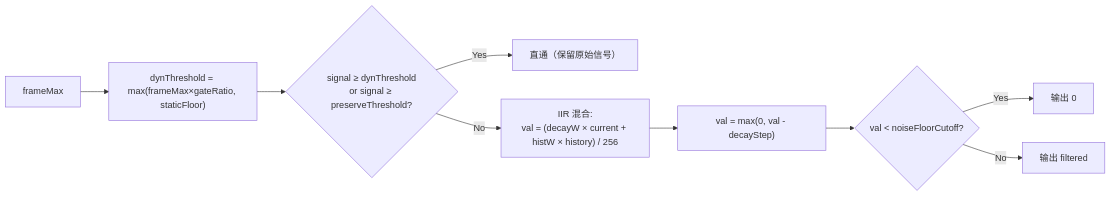
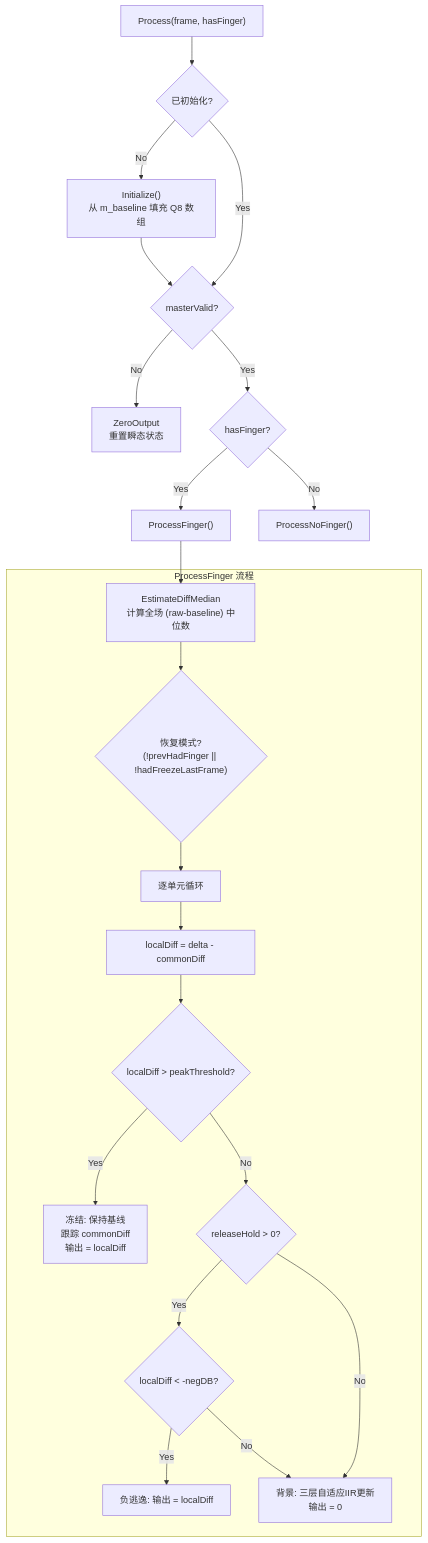
One commit to krrrak/EGoTouchRev changed the third of 14 diagrams in docs/touch_pipeline_architecture.md. Above: the diagram before and after it, drawn with Mermaid. The commit also changed other lines of this file and 8 other files, not shown here.

Commit message:
feat: implement speed-adaptive IIR coordinate filtering and add project architecture documentation

````diff
--- a/docs/touch_pipeline_architecture.md
+++ b/docs/touch_pipeline_architecture.md
@@ -137,11 +121,33 @@
 ```mermaid
-flowchart LR
-    FRAMEMAX["frameMax"] --> DYN["dynThreshold = max(frameMax×gateRatio, staticFloor)"]
-    DYN --> GATE{"signal ≥ dynThreshold<br/>or signal ≥ preserveThreshold?"}
-    GATE -- "Yes" --> PASS["直通（保留原始信号）"]
-    GATE -- "No" --> IIR["IIR 混合:<br/>val = (decayW × current + histW × history) / 256"]
-    IIR --> DECAY["val = max(0, val - decayStep)"]
-    DECAY --> FLOOR{"val < noiseFloorCutoff?"}
-    FLOOR -- "Yes" --> ZERO["输出 0"]
-    FLOOR -- "No" --> FILTERED["输出 filtered"]
+flowchart TB
+    ENTRY["Process(frame, hasFinger)"] --> INIT{"已初始化?"}
+    INIT -- "No" --> INIT_ACT["Initialize()<br/>从 m_baseline 填充 Q8 数组"]
+    INIT -- "Yes" --> VALID{"masterValid?"}
+    INIT_ACT --> VALID
+    VALID -- "No" --> ZERO["ZeroOutput<br/>重置瞬态状态"]
+    VALID -- "Yes" --> DISPATCH{"hasFinger?"}
+    DISPATCH -- "Yes" --> FINGER["ProcessFinger()"]
+    DISPATCH -- "No" --> NOFINGER["ProcessNoFinger()"]
+
+    subgraph ProcessFinger["ProcessFinger 流程"]
+        MEDIAN["EstimateDiffMedian<br/>计算全场 (raw-baseline) 中位数"]
+        RECOVERY{"恢复模式?<br/>(!prevHadFinger || !hadFreezeLastFrame)"}
+        PERCELL["逐单元循环"]
+        LDIFF["localDiff = delta - commonDiff"]
+        FREEZE_CHK{"localDiff > peakThreshold?"}
+        FREEZE_ACT["冻结: 保持基线<br/>跟踪 commonDiff<br/>输出 = localDiff"]
+        BG_ACT["背景: 三层自适应IIR更新<br/>输出 = 0"]
+        HOLD_CHK{"releaseHold > 0?"}
+        NEG_ESC{"localDiff < -negDB?"}
+        NEG_PASS["负逃逸: 输出 = localDiff"]
+    end
+
+    FINGER --> MEDIAN --> RECOVERY --> PERCELL
+    PERCELL --> LDIFF --> FREEZE_CHK
+    FREEZE_CHK -- "Yes" --> FREEZE_ACT
+    FREEZE_CHK -- "No" --> HOLD_CHK
+    HOLD_CHK -- "Yes" --> NEG_ESC
+    NEG_ESC -- "Yes" --> NEG_PASS
+    NEG_ESC -- "No" --> BG_ACT
+    HOLD_CHK -- "No" --> BG_ACT
 ```
````
